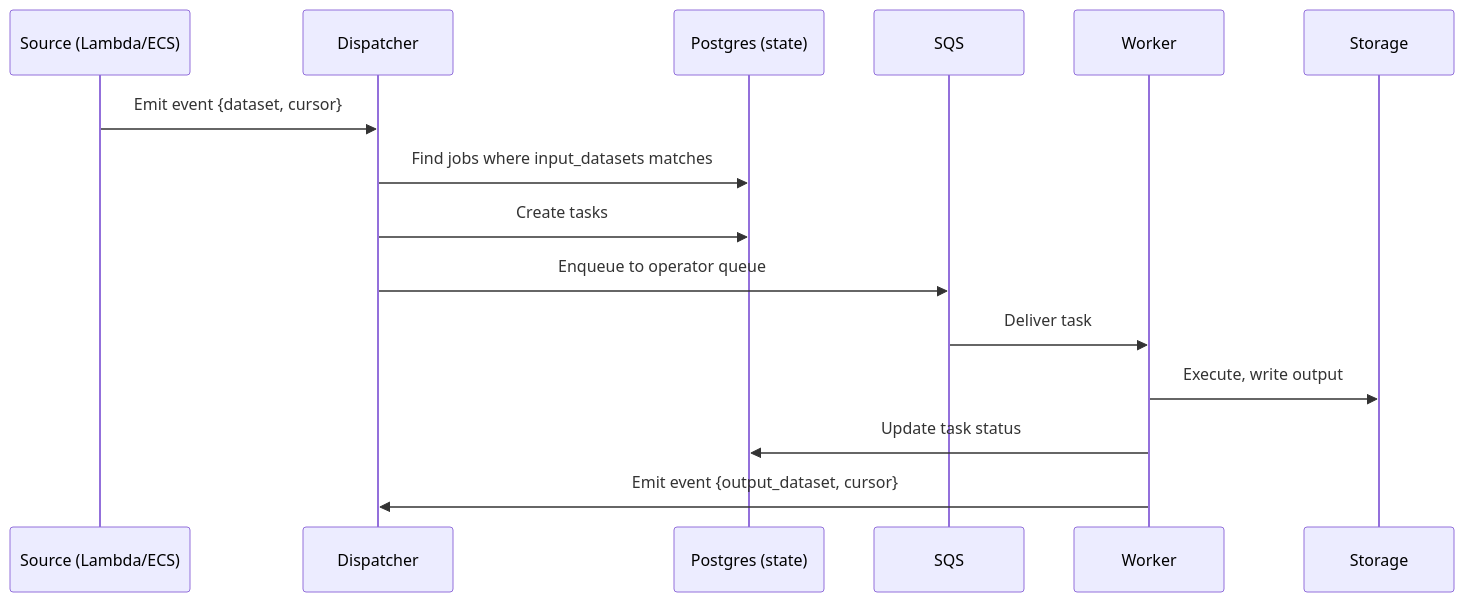
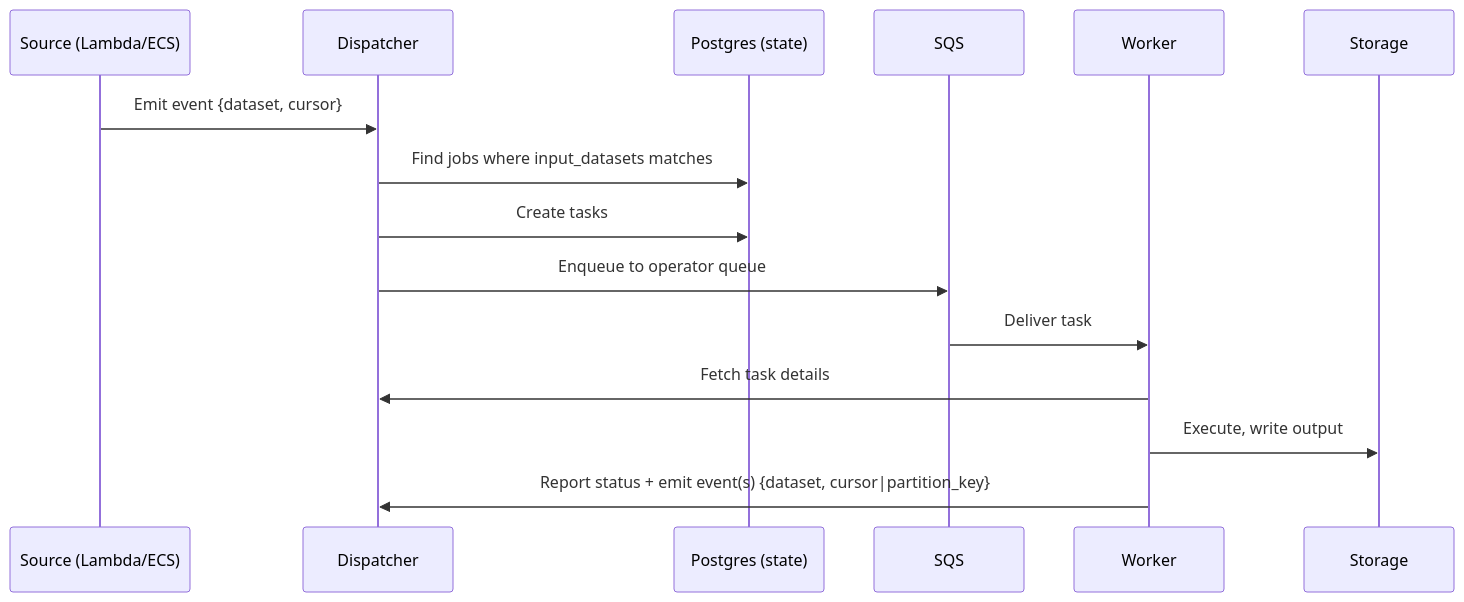
Before and after one commit to c7121/trace: the third of 6 diagrams in docs/architecture/overview.md, drawn with Mermaid. The commit also changed other lines of this file and 28 other files, not shown here.

````diff
--- a/docs/architecture/overview.md
+++ b/docs/architecture/overview.md
@@ -182,18 +182,18 @@
 ```mermaid
 sequenceDiagram
     participant Src as Source (Lambda/ECS)
     participant D as Dispatcher
     participant PG as Postgres (state)
     participant Q as SQS
     participant W as Worker
     participant S as Storage
 
     Src->>D: Emit event {dataset, cursor}
     D->>PG: Find jobs where input_datasets matches
     D->>PG: Create tasks
     D->>Q: Enqueue to operator queue
     Q->>W: Deliver task
+    W->>D: Fetch task details
     W->>S: Execute, write output
-    W->>PG: Update task status
-    W->>D: Emit event {output_dataset, cursor}
+    W->>D: Report status + emit event(s) {dataset, cursor|partition_key}
 ```
````
